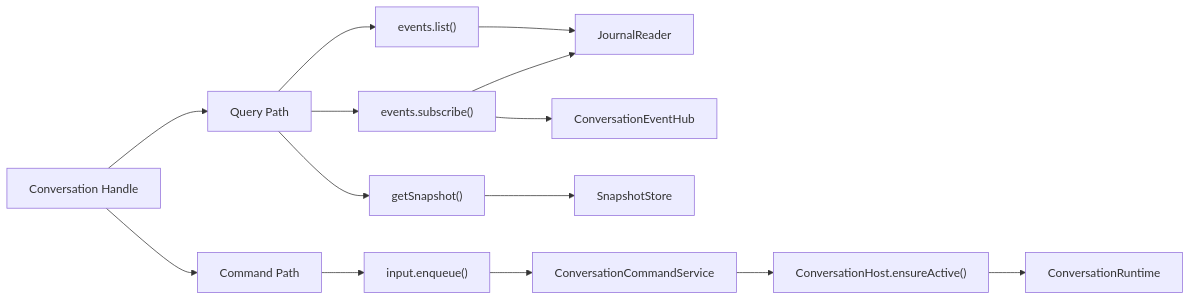
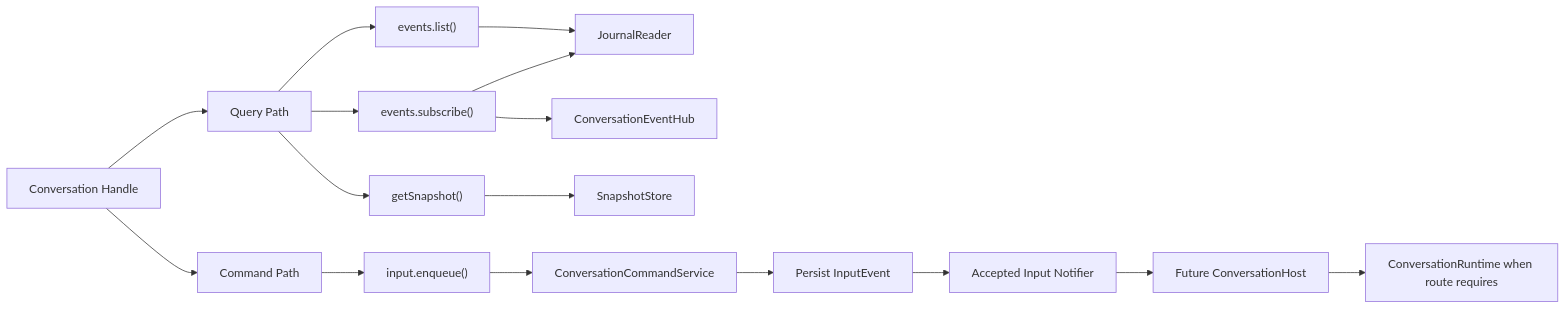
Before and after one commit to fanghuarunbalala/nova-writing: diagram 12 of 51 in docs/architecture.md, drawn with Mermaid. The commit also changed other lines of this file and 14 other files, not shown here.

Commit message:
feat: add durable conversation command acceptance

````diff
--- a/docs/architecture.md
+++ b/docs/architecture.md
@@ -618,21 +706,23 @@
 ```mermaid
 flowchart LR
     Conversation["Conversation Handle"]
 
     Conversation --> Query["Query Path"]
     Conversation --> Command["Command Path"]
 
     Query --> List["events.list()"]
     Query --> Subscribe["events.subscribe()"]
     Query --> GetSnapshot["getSnapshot()"]
 
     List --> Journal["JournalReader"]
     Subscribe --> Journal
     Subscribe --> EventHub["ConversationEventHub"]
     GetSnapshot --> SnapshotStore["SnapshotStore"]
 
     Command --> Enqueue["input.enqueue()"]
     Enqueue --> CommandService["ConversationCommandService"]
-    CommandService --> Ensure["ConversationHost.ensureActive()"]
-    Ensure --> Runtime["ConversationRuntime"]
+    CommandService --> JournalWrite["Persist InputEvent"]
+    JournalWrite --> Notify["Accepted Input Notifier"]
+    Notify --> Host["Future ConversationHost"]
+    Host --> Runtime["ConversationRuntime when route requires"]
 ```
````
